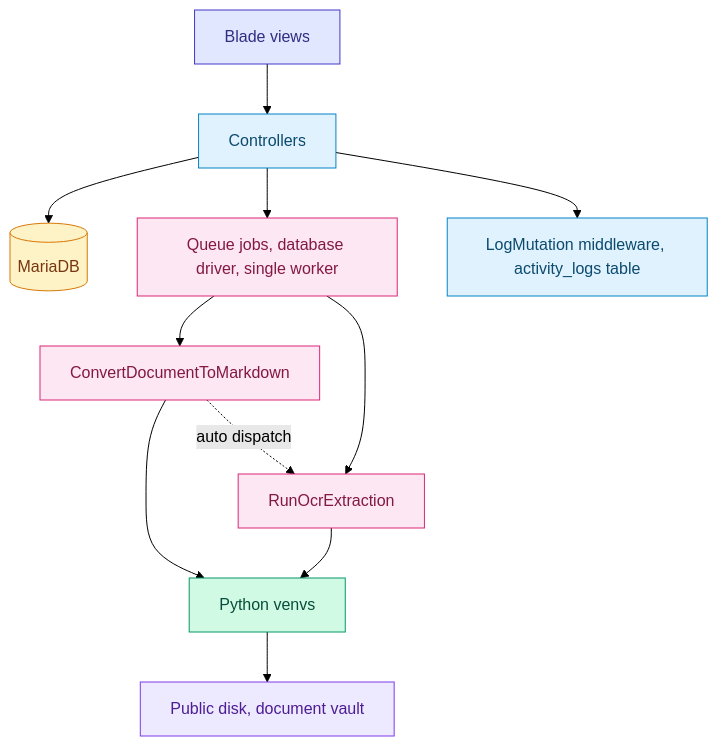
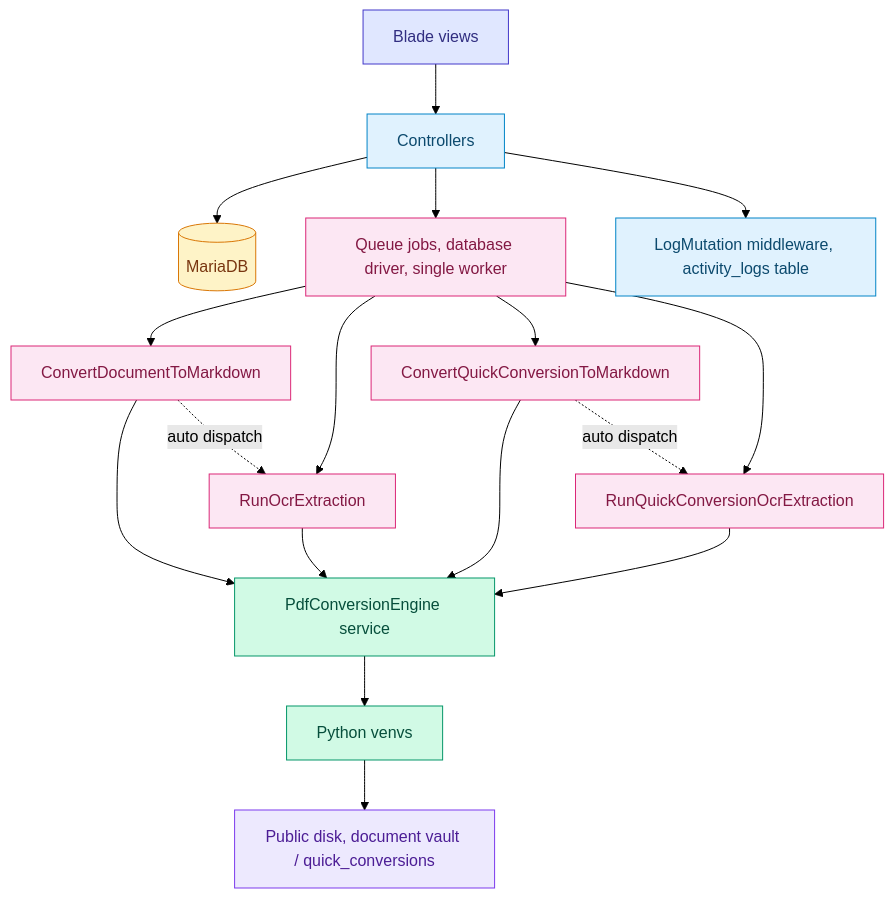
The sixth of 7 diagrams in APP_FLOW.md (SubhanRaj/pdf-markdown-pipeline), drawn with Mermaid (forest theme) before and after one commit. The commit also changed other lines of this file and 2 other files, not shown here.

First line of the commit message:
docs: log M70-M73, update claude.md and APP_FLOW.md for New Conversion + row fix

````diff
--- a/APP_FLOW.md
+++ b/APP_FLOW.md
@@ -203,27 +203,33 @@
 ```mermaid
 flowchart TD
     classDef view fill:#e0e7ff,stroke:#4338ca,color:#312e81
     classDef ctrl fill:#e0f2fe,stroke:#0284c7,color:#0c4a6e
     classDef store fill:#fef3c7,stroke:#d97706,color:#78350f
     classDef job fill:#fce7f3,stroke:#db2777,color:#831843
     classDef py fill:#d1fae5,stroke:#059669,color:#064e3b
     classDef disk fill:#ede9fe,stroke:#7c3aed,color:#4c1d95
 
     Blade[Blade views] --> Ctrl[Controllers]
     Ctrl --> DB[(MariaDB)]
     Ctrl --> Jobs[Queue jobs, database driver, single worker]
     Jobs --> CDM[ConvertDocumentToMarkdown]
     Jobs --> ROE[RunOcrExtraction]
-    CDM --> Py[Python venvs]
-    ROE --> Py
-    Py --> Disk[Public disk, document vault]
+    Jobs --> CQC[ConvertQuickConversionToMarkdown]
+    Jobs --> RQC[RunQuickConversionOcrExtraction]
+    CDM --> Engine[PdfConversionEngine service]
+    ROE --> Engine
+    CQC --> Engine
+    RQC --> Engine
+    Engine --> Py[Python venvs]
+    Py --> Disk[Public disk, document vault / quick_conversions]
     CDM -.->|auto dispatch| ROE
+    CQC -.->|auto dispatch| RQC
     Ctrl --> ActivityLog[LogMutation middleware, activity_logs table]
 
     class Blade view
     class Ctrl,ActivityLog ctrl
     class DB store
-    class Jobs,CDM,ROE job
-    class Py py
+    class Jobs,CDM,ROE,CQC,RQC job
+    class Engine,Py py
     class Disk disk
 ```
````
